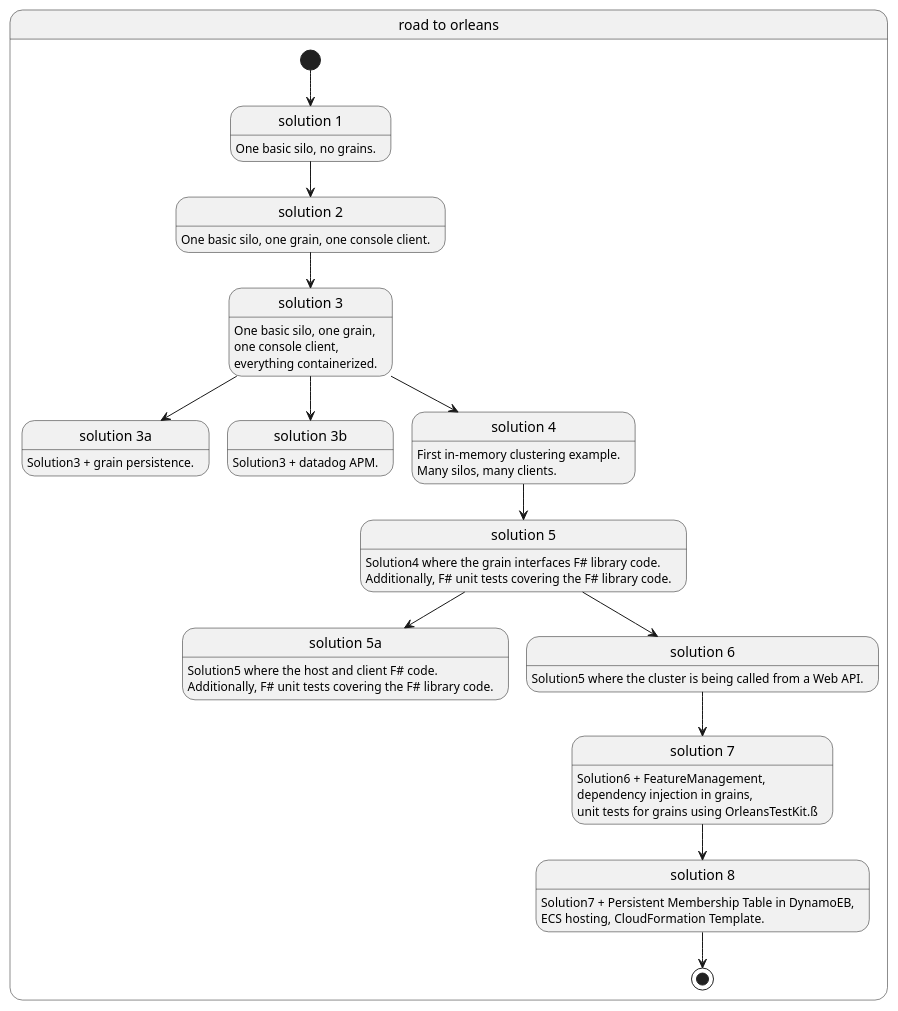
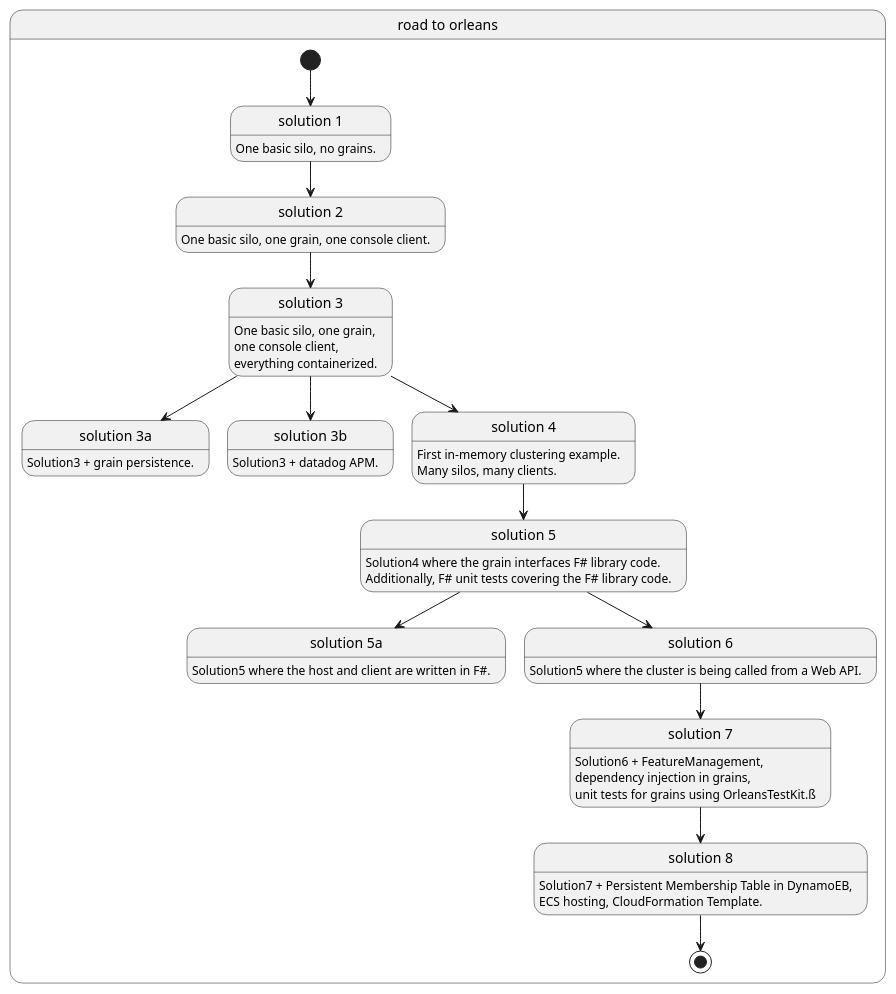
One commit to PiotrJustyna/road-to-orleans changed the diagram in solutions.puml. Above: the diagram before and after it, drawn with PlantUML. The commit also changed 1 other file, not shown here.

Commit message:
Apply suggestions from code review

```diff
--- a/solutions.puml
+++ b/solutions.puml
@@ -1,69 +1,68 @@
 @startuml
 hide empty description
   state "road to orleans" as PhaseA{
     state "solution 1" as Solution1{
       Solution1 : One basic silo, no grains.
     }
 
     state "solution 2" as Solution2{
       Solution2 : One basic silo, one grain, one console client.
     }
 
     state "solution 3" as Solution3{
       Solution3 : One basic silo, one grain,
       Solution3 : one console client,
       Solution3 : everything containerized.
     }
 
     state "solution 3a" as Solution3a{
       Solution3a : Solution3 + grain persistence.
     }
 
     state "solution 3b" as Solution3b{
       Solution3b : Solution3 + datadog APM.
     }
 
     state "solution 4" as Solution4{
       Solution4 : First in-memory clustering example.
       Solution4 : Many silos, many clients.
     }
 
     state "solution 5" as Solution5{
       Solution5 : Solution4 where the grain interfaces F# library code.
       Solution5 : Additionally, F# unit tests covering the F# library code.
     }
 
     state "solution 5a" as Solution5a{
-      Solution5a : Solution5 where the host and client F# code.
-      Solution5a : Additionally, F# unit tests covering the F# library code.
+      Solution5a : Solution5 where the host and client are written in F#.
     }
 
     state "solution 6" as Solution6{
       Solution6 : Solution5 where the cluster is being called from a Web API.
     }
 
     state "solution 7" as Solution7{
       Solution7 : Solution6 + FeatureManagement,
       Solution7 : dependency injection in grains,
       Solution7 : unit tests for grains using OrleansTestKit.ß
     }
 
     state "solution 8" as Solution8{
       Solution8 : Solution7 + Persistent Membership Table in DynamoEB,
       Solution8 : ECS hosting, CloudFormation Template.
     }
 
     [*] --> Solution1
     Solution1 --> Solution2
     Solution2 --> Solution3
     Solution3 --> Solution3a
     Solution3 --> Solution3b
     Solution3 --> Solution4
     Solution4 --> Solution5
     Solution5 --> Solution5a
     Solution5 --> Solution6
     Solution6 --> Solution7
     Solution7 --> Solution8
     Solution8 --> [*]
   }
 @enduml
```
